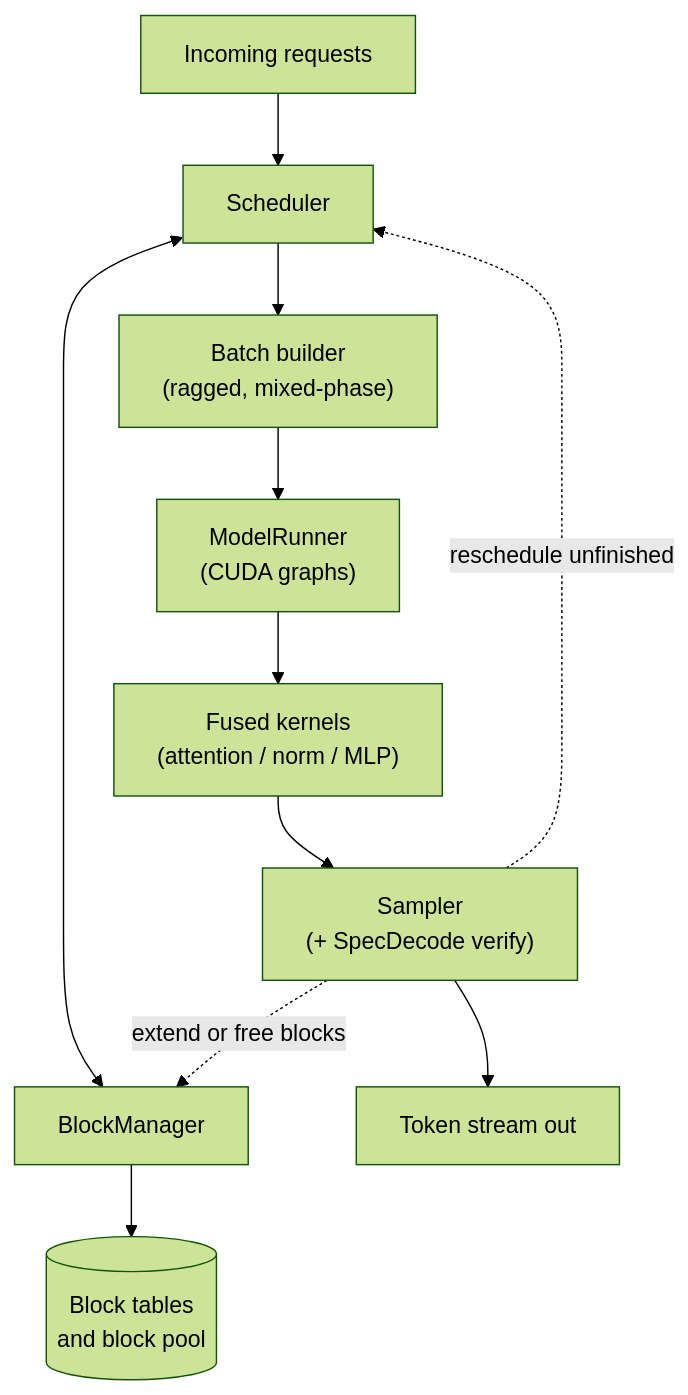
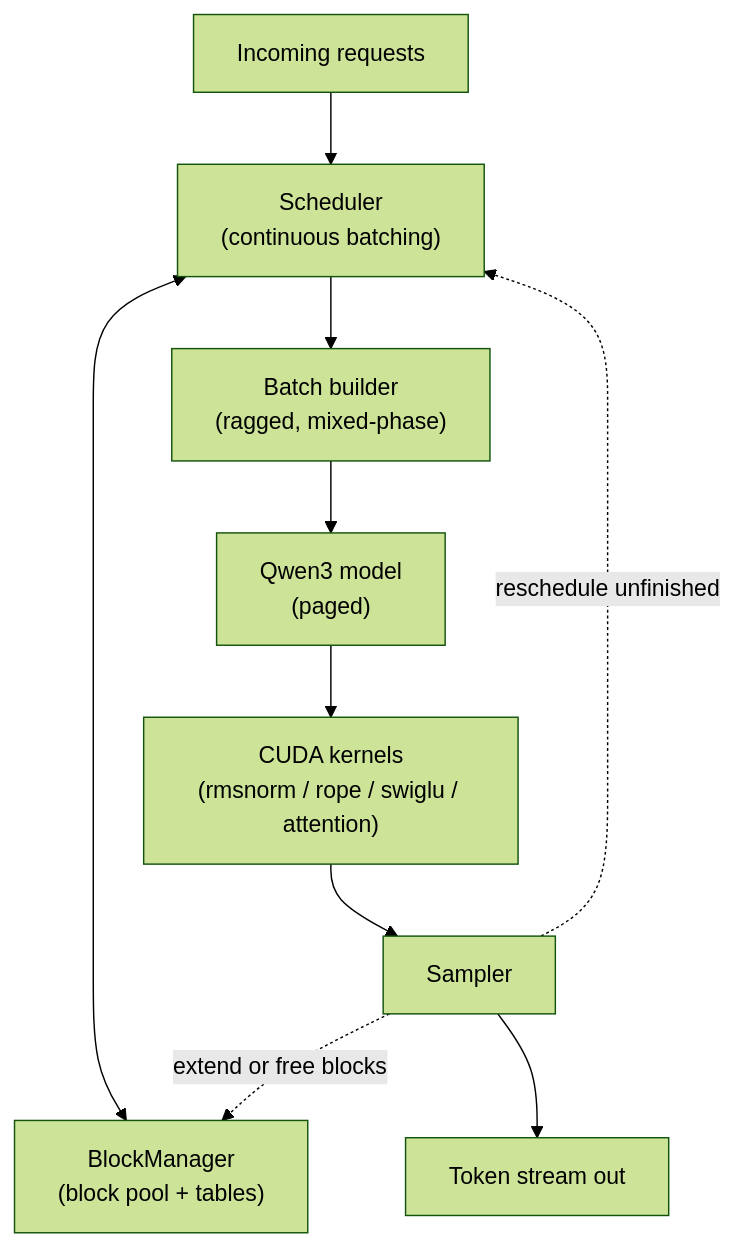
Before and after one commit to RichardHuang2006/Mini-vLLM: the first of 3 diagrams in DESIGN.md, drawn with Mermaid (forest theme). The commit also changed other lines of this file and 14 other files, not shown here.

````diff
--- a/DESIGN.md
+++ b/DESIGN.md
@@ -54,13 +141,12 @@
 ```mermaid
 flowchart TD
-    R["Incoming requests"] --> S["Scheduler"]
-    S <--> BM["BlockManager"]
-    BM --> BT[("Block tables<br/>and block pool")]
+    R["Incoming requests"] --> S["Scheduler<br/>(continuous batching)"]
+    S <--> BM["BlockManager<br/>(block pool + tables)"]
     S --> BB["Batch builder<br/>(ragged, mixed-phase)"]
-    BB --> MR["ModelRunner<br/>(CUDA graphs)"]
-    MR --> K["Fused kernels<br/>(attention / norm / MLP)"]
-    K --> SP["Sampler<br/>(+ SpecDecode verify)"]
+    BB --> M["Qwen3 model<br/>(paged)"]
+    M --> K["CUDA kernels<br/>(rmsnorm / rope / swiglu / attention)"]
+    K --> SP["Sampler"]
     SP --> OUT["Token stream out"]
     SP -.->|extend or free blocks| BM
     SP -.->|reschedule unfinished| S
 ```
````
